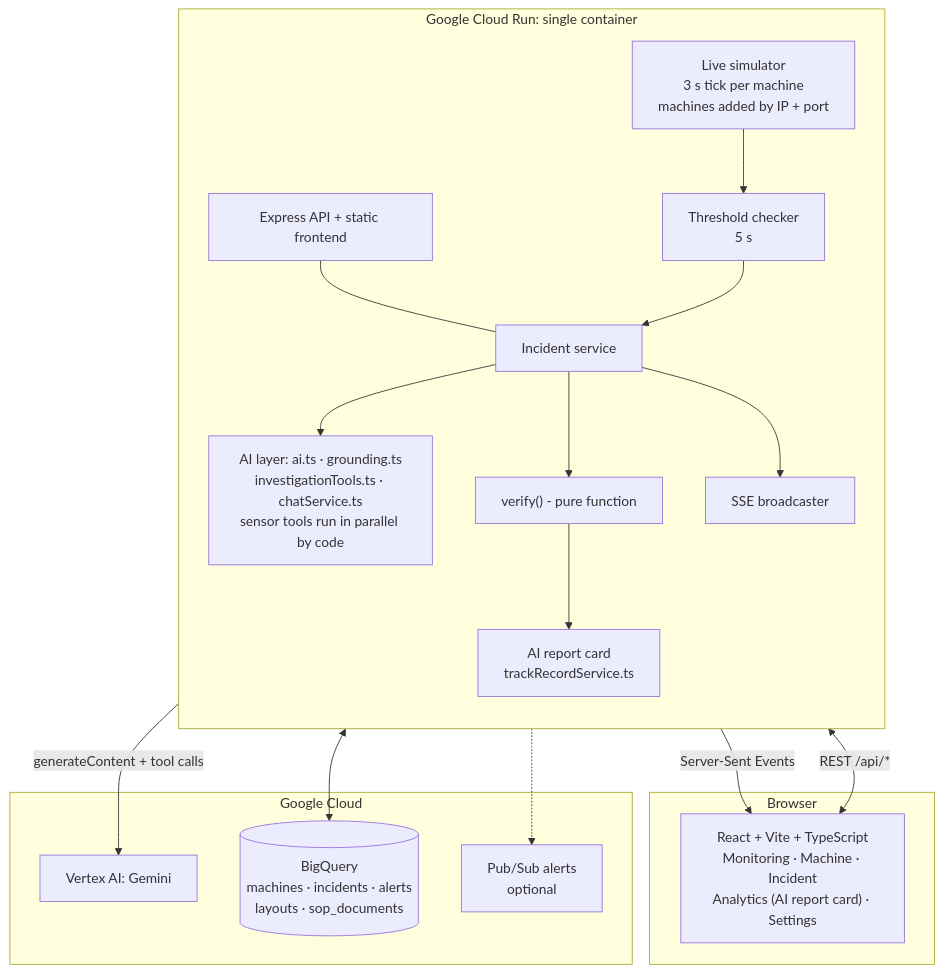
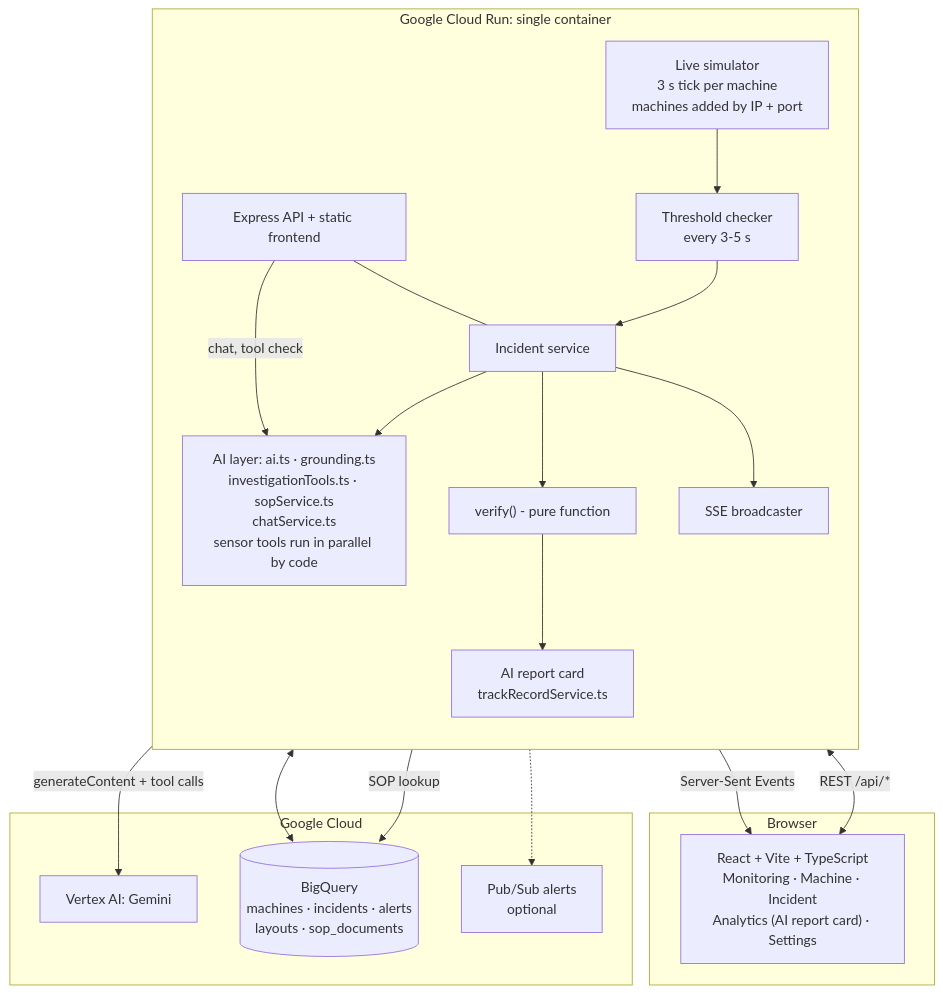
The second of 3 diagrams in README.md (akanthed/AshvaTrace), drawn with Mermaid before and after one commit. The commit also changed other lines of this file and 1 other file, not shown here.

Commit message:
refactor: Update flowchart descriptions and remove outdated testing guide

````diff
--- a/README.md
+++ b/README.md
@@ -72,36 +72,38 @@
 ```mermaid
 flowchart TB
     subgraph Browser
         UI["React + Vite + TypeScript<br/>Monitoring · Machine · Incident<br/>Analytics (AI report card) · Settings"]
     end
 
     subgraph CloudRun[Google Cloud Run: single container]
         direction TB
         API[Express API + static frontend]
         SIM[Live simulator<br/>3 s tick per machine<br/>machines added by IP + port]
-        THR[Threshold checker<br/>5 s]
+        THR[Threshold checker<br/>every 3-5 s]
         INC[Incident service]
-        AI[AI layer: ai.ts · grounding.ts<br/>investigationTools.ts · chatService.ts<br/>sensor tools run in parallel by code]
+        AI[AI layer: ai.ts · grounding.ts<br/>investigationTools.ts · sopService.ts<br/>chatService.ts<br/>sensor tools run in parallel by code]
         VER["verify() - pure function"]
         TRK["AI report card<br/>trackRecordService.ts"]
         SSE[SSE broadcaster]
         API --- INC
+        API -->|chat, tool check| AI
         SIM --> THR --> INC
         INC --> AI
         INC --> VER
         VER --> TRK
         INC --> SSE
     end
 
     subgraph GCP[Google Cloud]
         VTX[Vertex AI: Gemini]
         BQ[(BigQuery<br/>machines · incidents · alerts<br/>layouts · sop_documents)]
         PS[Pub/Sub alerts<br/>optional]
     end
 
     UI <-->|REST /api/*| API
     SSE -->|Server-Sent Events| UI
     AI -->|generateContent + tool calls| VTX
     INC <--> BQ
+    AI -->|SOP lookup| BQ
     THR -.-> PS
 ```
````
